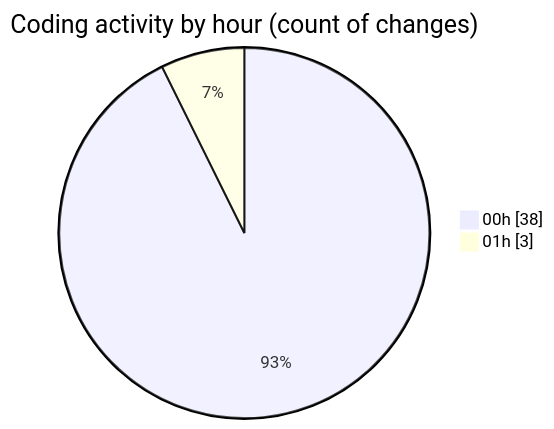
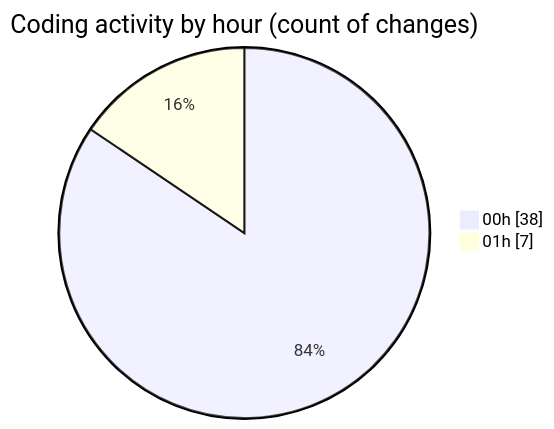
One commit to donsfak/code-tracking changed the second of 2 diagrams in 2025-03-08/uber_clone/README.md. Above: the diagram before and after it, drawn with Mermaid. The commit also changed other lines of this file and 1 other file, not shown here.

````diff
--- a/2025-03-08/uber_clone/README.md
+++ b/2025-03-08/uber_clone/README.md
@@ -29,6 +29,6 @@
 ```mermaid
 pie showData
 title Coding activity by hour (count of changes)
 "00h" : 38
-"01h" : 3
+"01h" : 7
 ```
````
